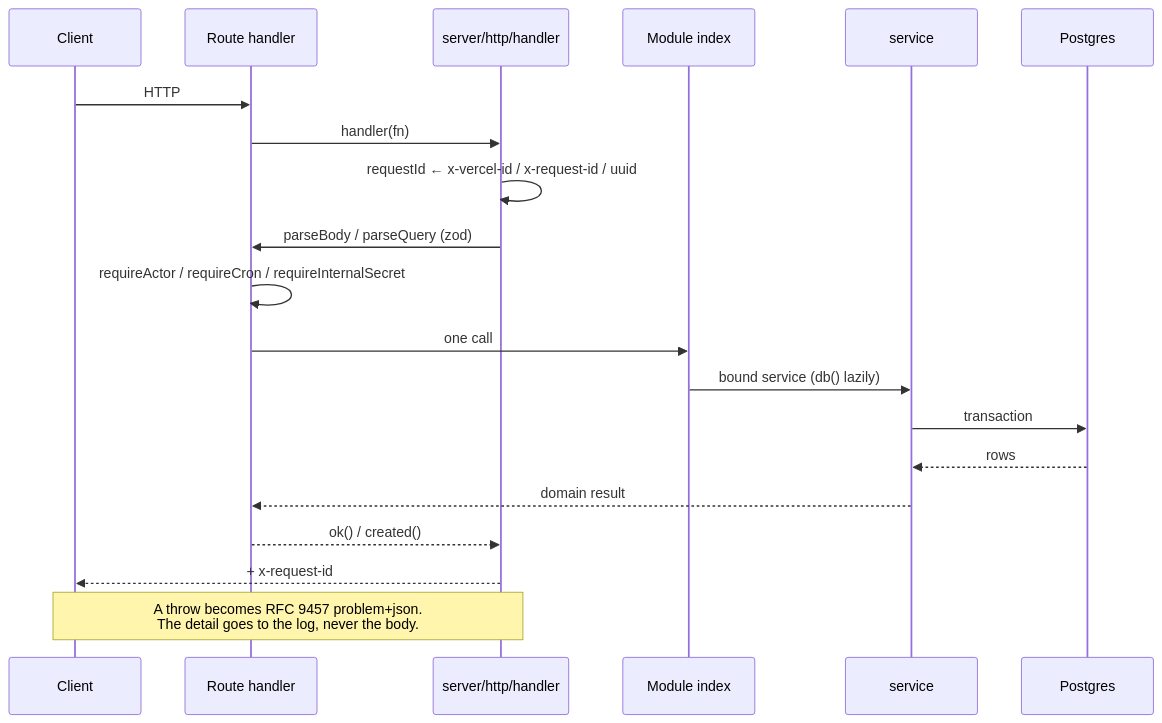
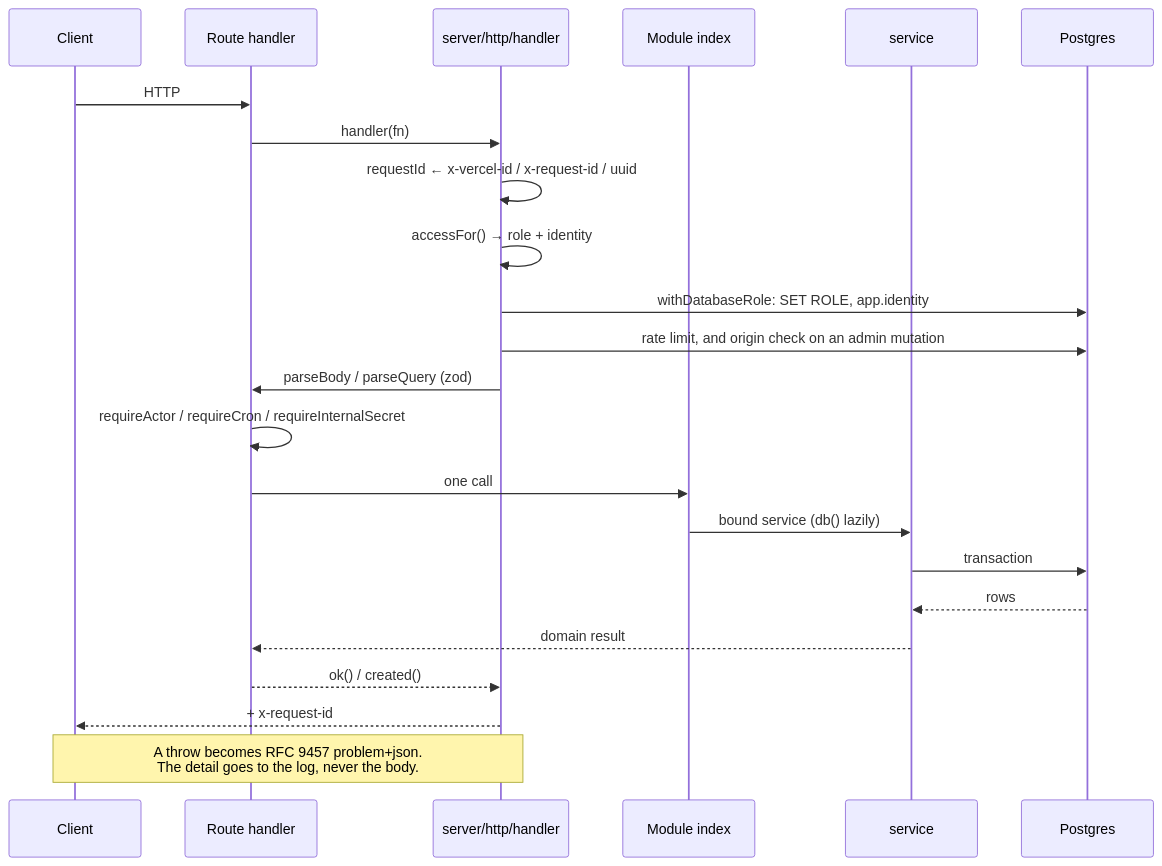
Before and after one commit to lions-admin/lions-of-zion: the third of 6 diagrams in docs/architecture.md, drawn with Mermaid. The commit also changed other lines of this file and 37 other files, not shown here.

````diff
--- a/docs/architecture.md
+++ b/docs/architecture.md
@@ -249,24 +274,27 @@
 ```mermaid
 sequenceDiagram
     participant C as Client
     participant R as Route handler
     participant H as server/http/handler
     participant M as Module index
     participant S as service
     participant D as Postgres
 
     C->>R: HTTP
     R->>H: handler(fn)
     H->>H: requestId ← x-vercel-id / x-request-id / uuid
+    H->>H: accessFor() → role + identity
+    H->>D: withDatabaseRole: SET ROLE, app.identity
+    H->>D: rate limit, and origin check on an admin mutation
     H->>R: parseBody / parseQuery (zod)
     R->>R: requireActor / requireCron / requireInternalSecret
     R->>M: one call
     M->>S: bound service (db() lazily)
     S->>D: transaction
     D-->>S: rows
     S-->>R: domain result
     R-->>H: ok() / created()
     H-->>C: + x-request-id
 
     Note over H,C: A throw becomes RFC 9457 problem+json.<br/>The detail goes to the log, never the body.
 ```
````
